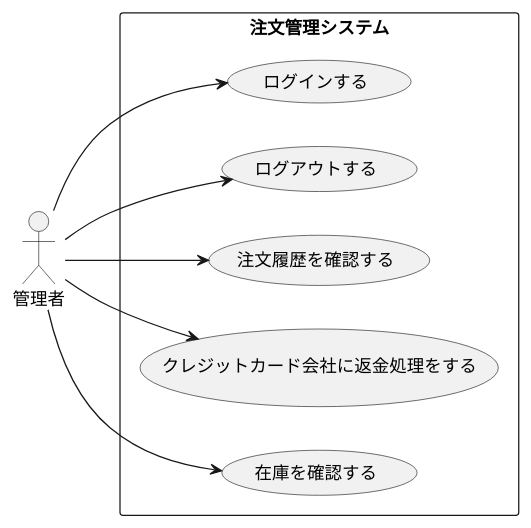
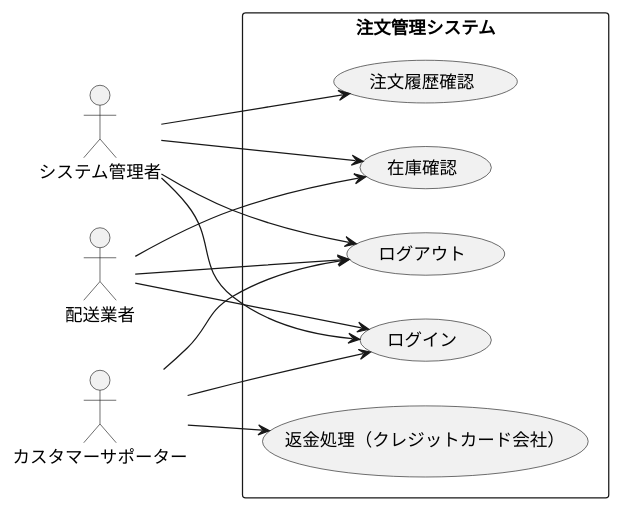
Before and after one commit to ko246/ohara_uml: the diagram in group/3-3_総合演習1_BBショップ注文管理システム/ユースケース図/usecase_kanri.pu, drawn with PlantUML. The commit also changed 1 other file, not shown here.

Commit message:
usecase図修正

```diff
--- a/group/3-3_総合演習1_BBショップ注文管理システム/ユースケース図/usecase_kanri.pu
+++ b/group/3-3_総合演習1_BBショップ注文管理システム/ユースケース図/usecase_kanri.pu
@@ -1,23 +1,33 @@
 @startuml 注文管理システム
 left to right direction
 
-actor 管理者
+' アクター定義
+actor システム管理者
+actor 配送業者
+actor カスタマーサポーター
 
 rectangle 注文管理システム {
-
-  usecase "ログインする" as Admin_Login
-  usecase "ログアウトする" as Admin_Logout
-  usecase "注文履歴を確認する" as Admin_CheckHistory
-  usecase "クレジットカード会社に返金処理をする" as Admin_Refund
-  usecase "在庫を確認する" as Admin_CheckStock
-
-
+  usecase "ログイン" as UC_Login
+  usecase "ログアウト" as UC_Logout
+  usecase "注文履歴確認" as UC_CheckHistory
+  usecase "在庫確認" as UC_CheckStock
+  usecase "返金処理（クレジットカード会社）" as UC_Refund
 }
 
-管理者 --> Admin_Login
-管理者 --> Admin_Logout
-管理者 --> Admin_CheckHistory
-管理者 --> Admin_Refund
-管理者 --> Admin_CheckStock
+' システム管理者のユースケース
+システム管理者 --> UC_Login
+システム管理者 --> UC_Logout
+システム管理者 --> UC_CheckHistory
+システム管理者 --> UC_CheckStock
+
+' カスタマーサポーターのユースケース
+カスタマーサポーター --> UC_Login
+カスタマーサポーター --> UC_Logout
+カスタマーサポーター --> UC_Refund
+
+' 配送業者のユースケース
+配送業者 --> UC_Login
+配送業者 --> UC_Logout
+配送業者 --> UC_CheckStock
 
 @enduml
```
